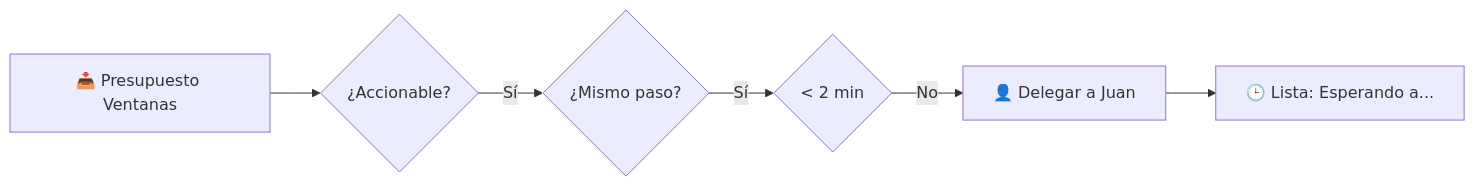
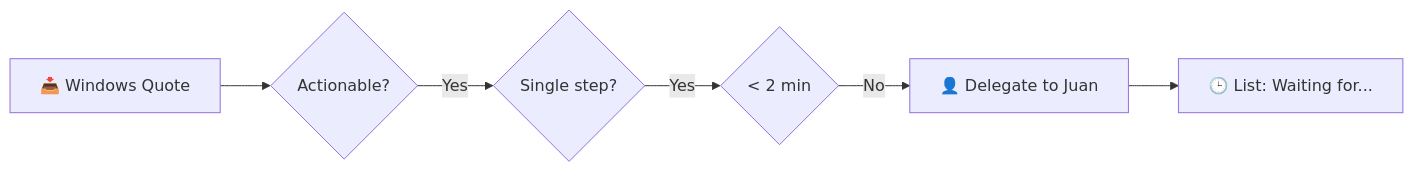
Before and after one commit to juanpanasiti/gtd-master: the third of 4 diagrams in USAGE.md, drawn with Mermaid. The commit also changed other lines of this file and 2 other files, not shown here.

````diff
--- a/USAGE.md
+++ b/USAGE.md
@@ -131,8 +131,8 @@
 ```mermaid
 graph LR
-    A[📥 Presupuesto Ventanas] --> B{¿Accionable?}
-    B -- Sí --> C{¿Mismo paso?}
-    C -- Sí --> D{ < 2 min }
-    D -- No --> E[👤 Delegar a Juan]
-    E --> F[🕒 Lista: Esperando a...]
+    A[📥 Windows Quote] --> B{Actionable?}
+    B -- Yes --> C{Single step?}
+    C -- Yes --> D{ < 2 min }
+    D -- No --> E[👤 Delegate to Juan]
+    E --> F[🕒 List: Waiting for...]
 ```
````
